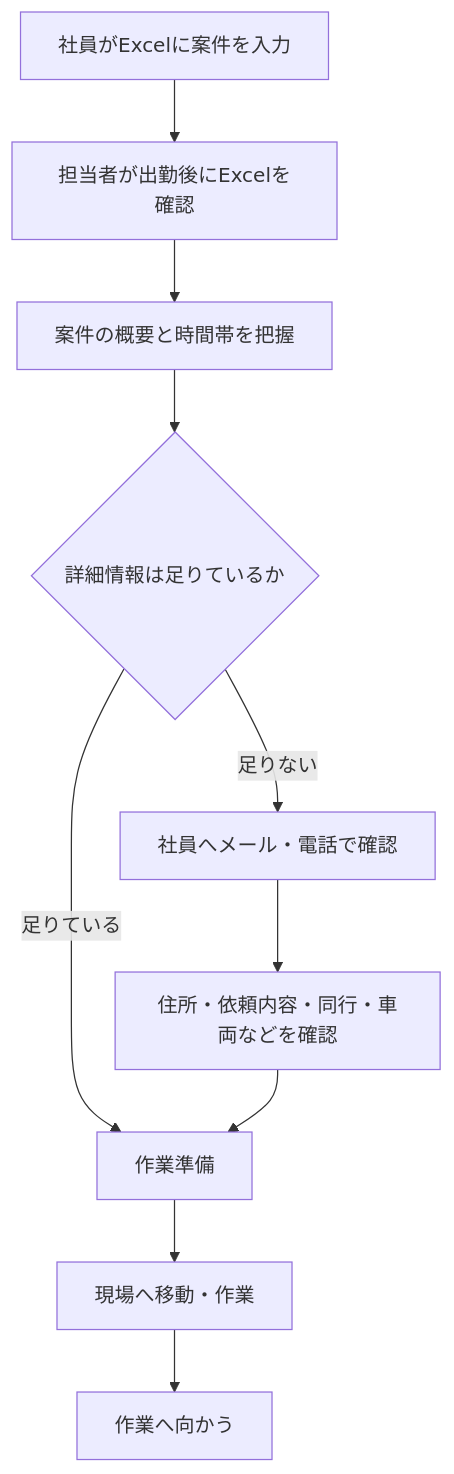
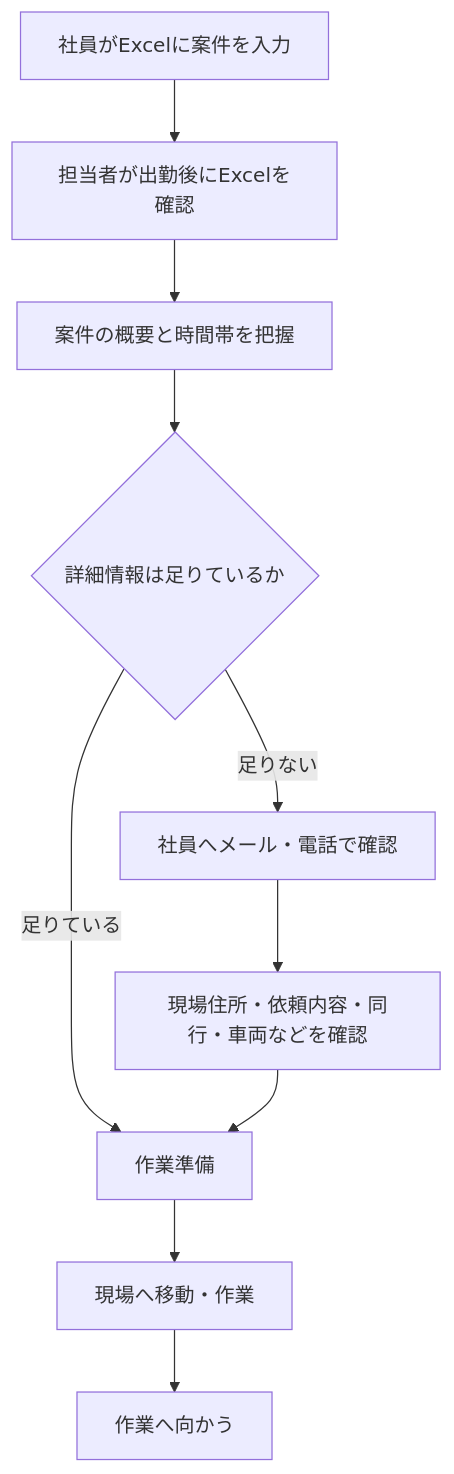
Before and after one commit to yuya-dev-dev/schedule-system: the first of 2 diagrams in docs/business-flow.md, drawn with Mermaid. The commit also changed other lines of this file and 4 other files, not shown here.

````diff
--- a/docs/business-flow.md
+++ b/docs/business-flow.md
@@ -7,12 +7,12 @@
 ```mermaid
 flowchart TD
     A["社員がExcelに案件を入力"] --> B["担当者が出勤後にExcelを確認"]
     B --> C["案件の概要と時間帯を把握"]
     C --> D{"詳細情報は足りているか"}
     D -- "足りている" --> E["作業準備"]
     D -- "足りない" --> F["社員へメール・電話で確認"]
-    F --> G["住所・依頼内容・同行・車両などを確認"]
+    F --> G["現場住所・依頼内容・同行・車両などを確認"]
     G --> E
     E --> H["現場へ移動・作業"]
     H --> I["作業へ向かう"]
 ```
````
